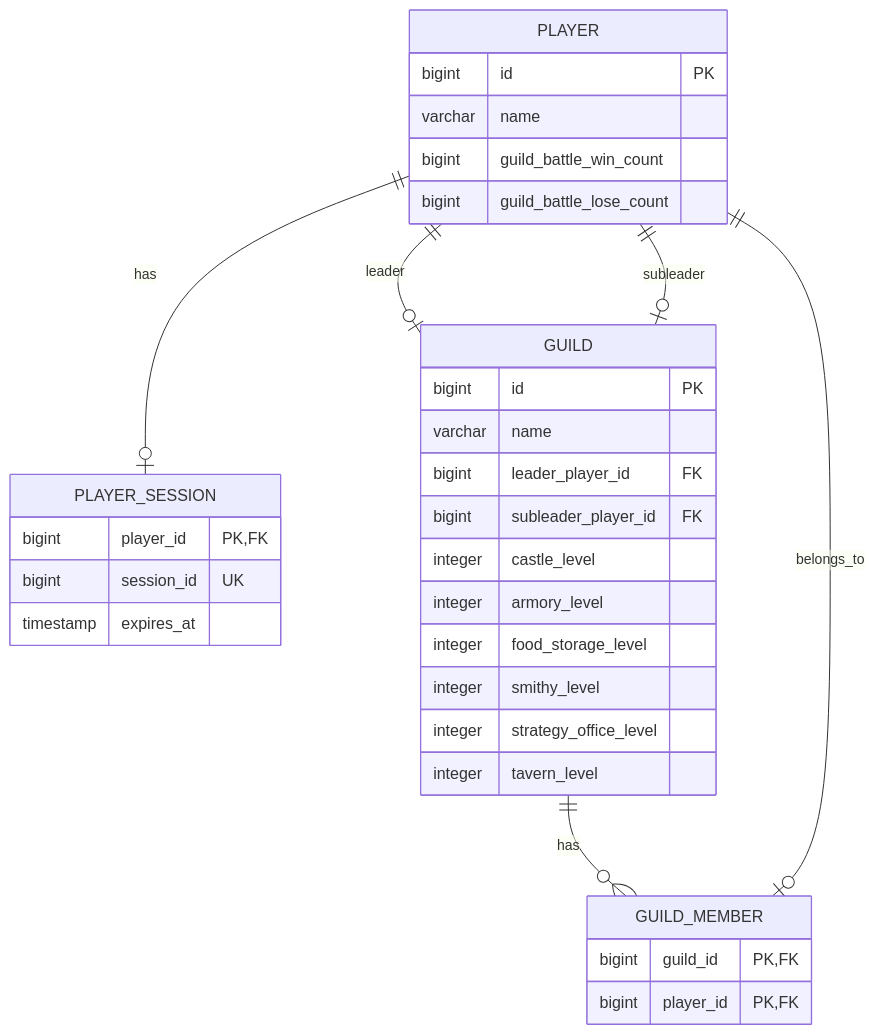
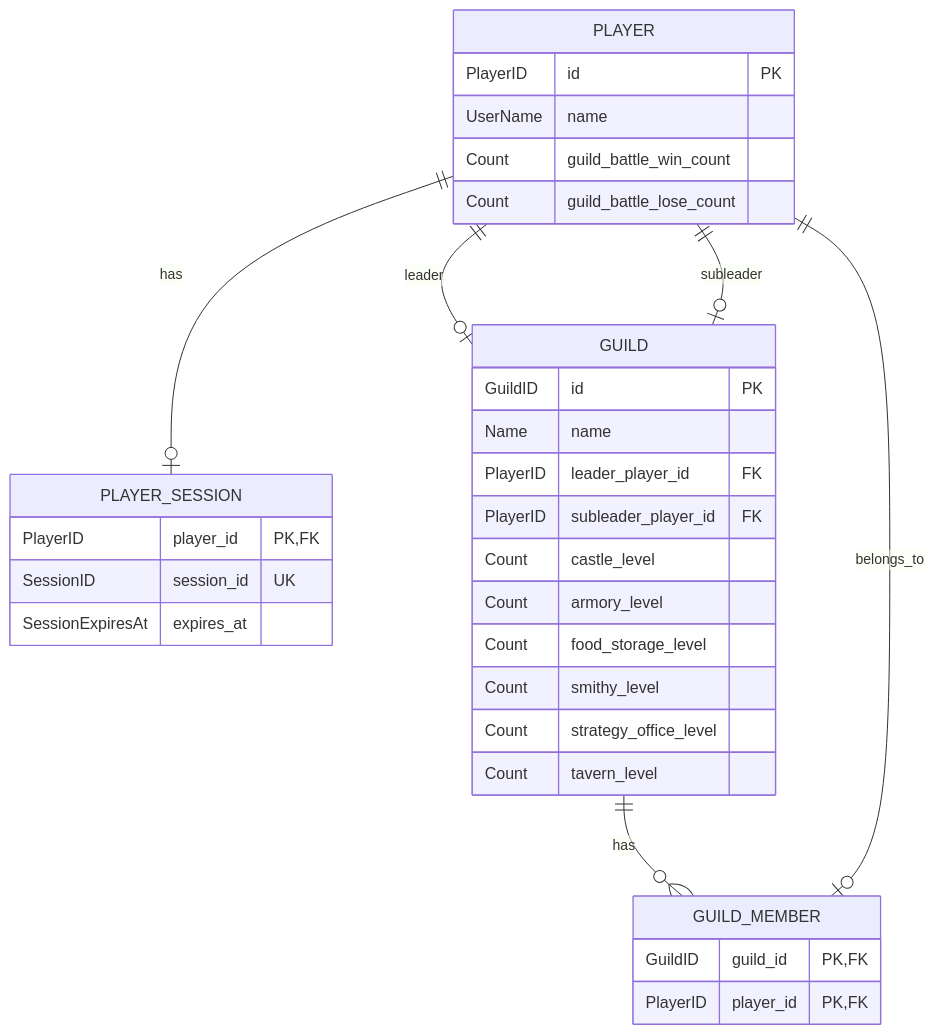
One commit to ReHydrangeaOdyssey/Specifications changed the first of 5 diagrams in data_base.md. Above: the diagram before and after it, drawn with Mermaid. The commit also changed other lines of this file and 15 other files, not shown here.

````diff
--- a/data_base.md
+++ b/data_base.md
@@ -10,40 +11,40 @@
 ```mermaid
 erDiagram
     PLAYER {
-        bigint id PK
-        varchar name
-        bigint guild_battle_win_count
-        bigint guild_battle_lose_count
+        PlayerID id PK
+        UserName name
+        Count guild_battle_win_count
+        Count guild_battle_lose_count
     }
 
     PLAYER_SESSION {
-        bigint player_id PK, FK
-        bigint session_id UK
-        timestamp expires_at
+        PlayerID player_id PK, FK
+        SessionID session_id UK
+        SessionExpiresAt expires_at
     }
 
     GUILD {
-        bigint id PK
-        varchar name
-        bigint leader_player_id FK
-        bigint subleader_player_id FK
-        integer castle_level
-        integer armory_level
-        integer food_storage_level
-        integer smithy_level
-        integer strategy_office_level
-        integer tavern_level
+        GuildID id PK
+        Name name
+        PlayerID leader_player_id FK
+        PlayerID subleader_player_id FK
+        Count castle_level
+        Count armory_level
+        Count food_storage_level
+        Count smithy_level
+        Count strategy_office_level
+        Count tavern_level
     }
 
     GUILD_MEMBER {
-        bigint guild_id PK, FK
-        bigint player_id PK, FK
+        GuildID guild_id PK, FK
+        PlayerID player_id PK, FK
     }
 
     GUILD ||--o{ GUILD_MEMBER : has
     PLAYER ||--o| GUILD_MEMBER : belongs_to
     PLAYER ||--o| PLAYER_SESSION : has
 
     PLAYER ||--o| GUILD : leader
     PLAYER ||--o| GUILD : subleader
 ```
````
